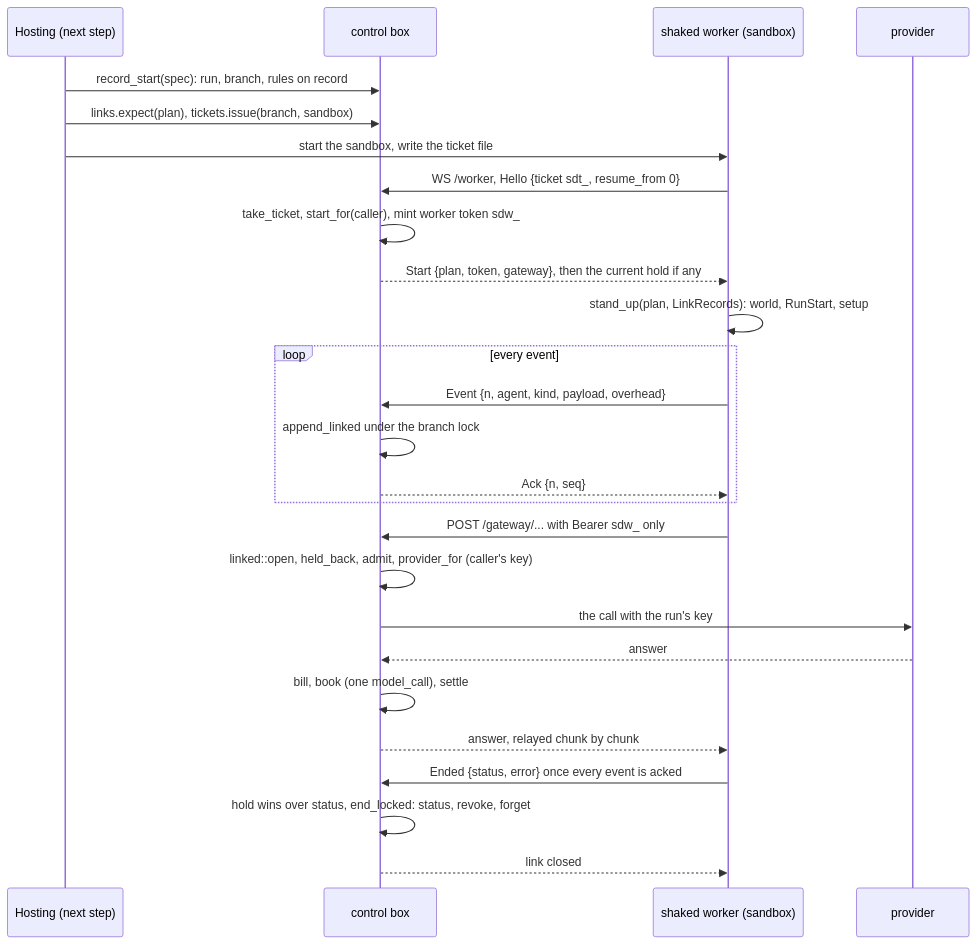
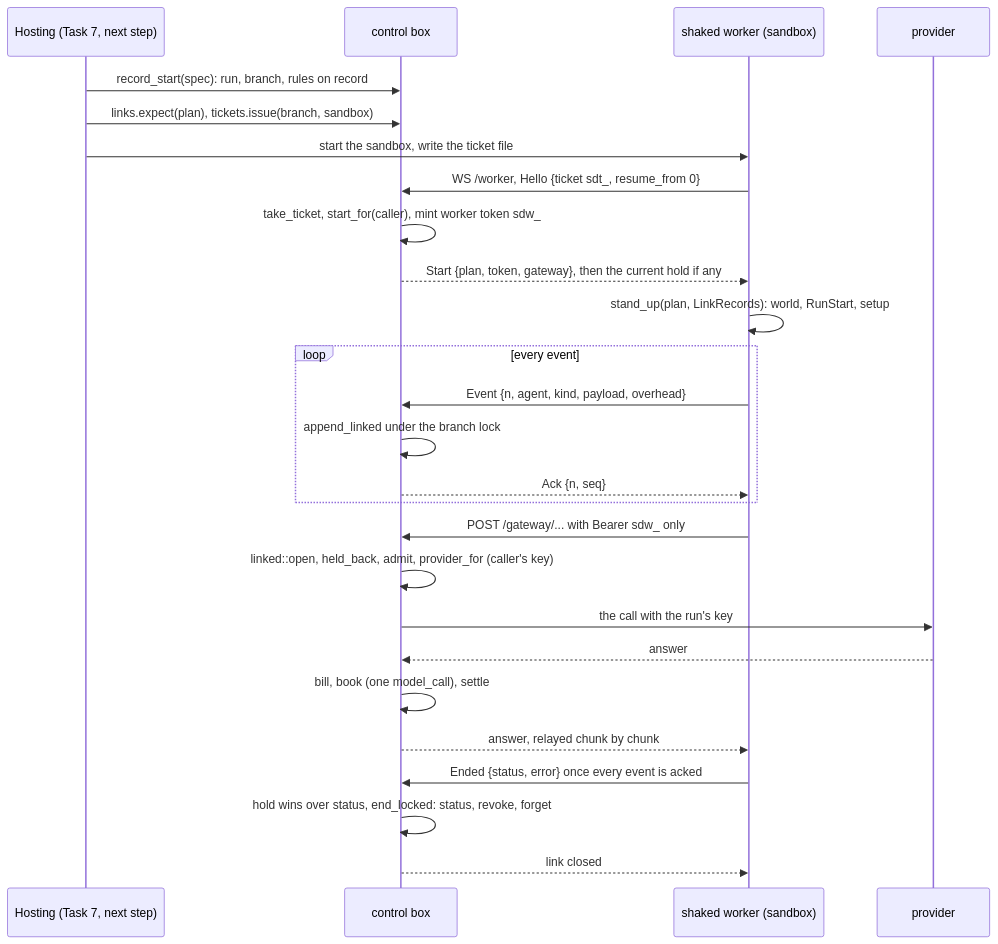
One commit to CopperTide/Shakedown changed the first of 3 diagrams in docs/internals/sandbox-runs.md. Above: the diagram before and after it, drawn with Mermaid. The commit also changed other lines of this file and 6 other files, not shown here.

````diff
--- a/docs/internals/sandbox-runs.md
+++ b/docs/internals/sandbox-runs.md
@@ -41,28 +44,28 @@
 ```mermaid
 sequenceDiagram
-    participant H as Hosting (next step)
+    participant H as Hosting (Task 7, next step)
     participant CB as control box
     participant WK as shaked worker (sandbox)
     participant P as provider
     H->>CB: record_start(spec): run, branch, rules on record
     H->>CB: links.expect(plan), tickets.issue(branch, sandbox)
     H->>WK: start the sandbox, write the ticket file
     WK->>CB: WS /worker, Hello {ticket sdt_, resume_from 0}
     CB->>CB: take_ticket, start_for(caller), mint worker token sdw_
     CB-->>WK: Start {plan, token, gateway}, then the current hold if any
     WK->>WK: stand_up(plan, LinkRecords): world, RunStart, setup
     loop every event
         WK->>CB: Event {n, agent, kind, payload, overhead}
         CB->>CB: append_linked under the branch lock
         CB-->>WK: Ack {n, seq}
     end
     WK->>CB: POST /gateway/... with Bearer sdw_ only
     CB->>CB: linked::open, held_back, admit, provider_for (caller's key)
     CB->>P: the call with the run's key
     P-->>CB: answer
     CB->>CB: bill, book (one model_call), settle
     CB-->>WK: answer, relayed chunk by chunk
     WK->>CB: Ended {status, error} once every event is acked
     CB->>CB: hold wins over status, end_locked: status, revoke, forget
     CB-->>WK: link closed
 ```
````
